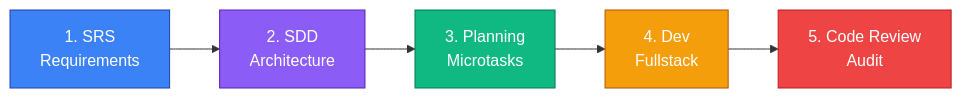
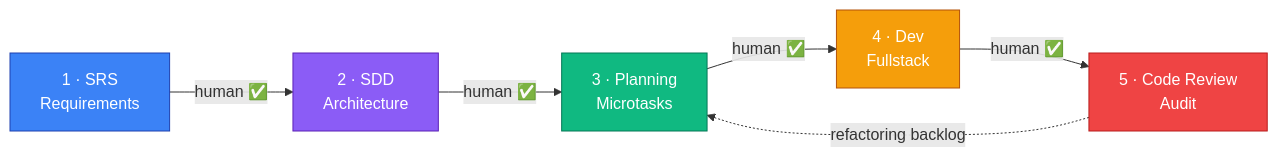
Before and after one commit to Daniel-da-Silva-Alves/Spec-Driven-Development-Kit: the first of 4 diagrams in README.md, drawn with Mermaid. The commit also changed other lines of this file and 1 other file, not shown here.

First line of the commit message:
docs: rewrite README + align ARCHITECTURE to the hybrid harness

````diff
--- a/README.md
+++ b/README.md
@@ -35,16 +31,14 @@
 ```mermaid
 graph LR
-    SRS["1. SRS<br>Requirements"]
-    SDD["2. SDD<br>Architecture"]
-    PLAN["3. Planning<br>Microtasks"]
-    DEV["4. Dev<br>Fullstack"]
-    CR["5. Code Review<br>Audit"]
-
-    SRS --> SDD --> PLAN --> DEV --> CR
+    SRS["1 · SRS<br>Requirements"] -->|"human ✅"| SDD["2 · SDD<br>Architecture"]
+    SDD -->|"human ✅"| PLAN["3 · Planning<br>Microtasks"]
+    PLAN -->|"human ✅"| DEV["4 · Dev<br>Fullstack"]
+    DEV -->|"human ✅"| CR["5 · Code Review<br>Audit"]
+    CR -.->|"refactoring backlog"| PLAN
 
     style SRS fill:#3B82F6,stroke:#1E40AF,color:#fff
     style SDD fill:#8B5CF6,stroke:#5B21B6,color:#fff
     style PLAN fill:#10B981,stroke:#047857,color:#fff
     style DEV fill:#F59E0B,stroke:#B45309,color:#fff
     style CR fill:#EF4444,stroke:#B91C1C,color:#fff
 ```
````
